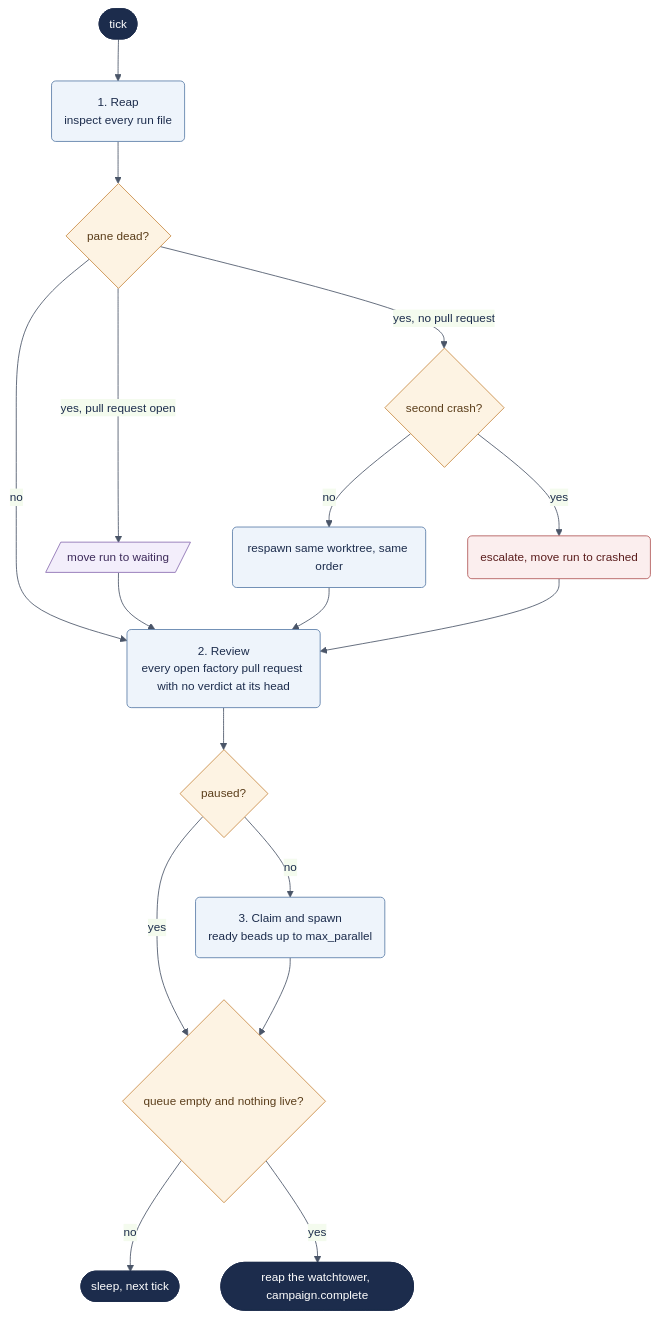
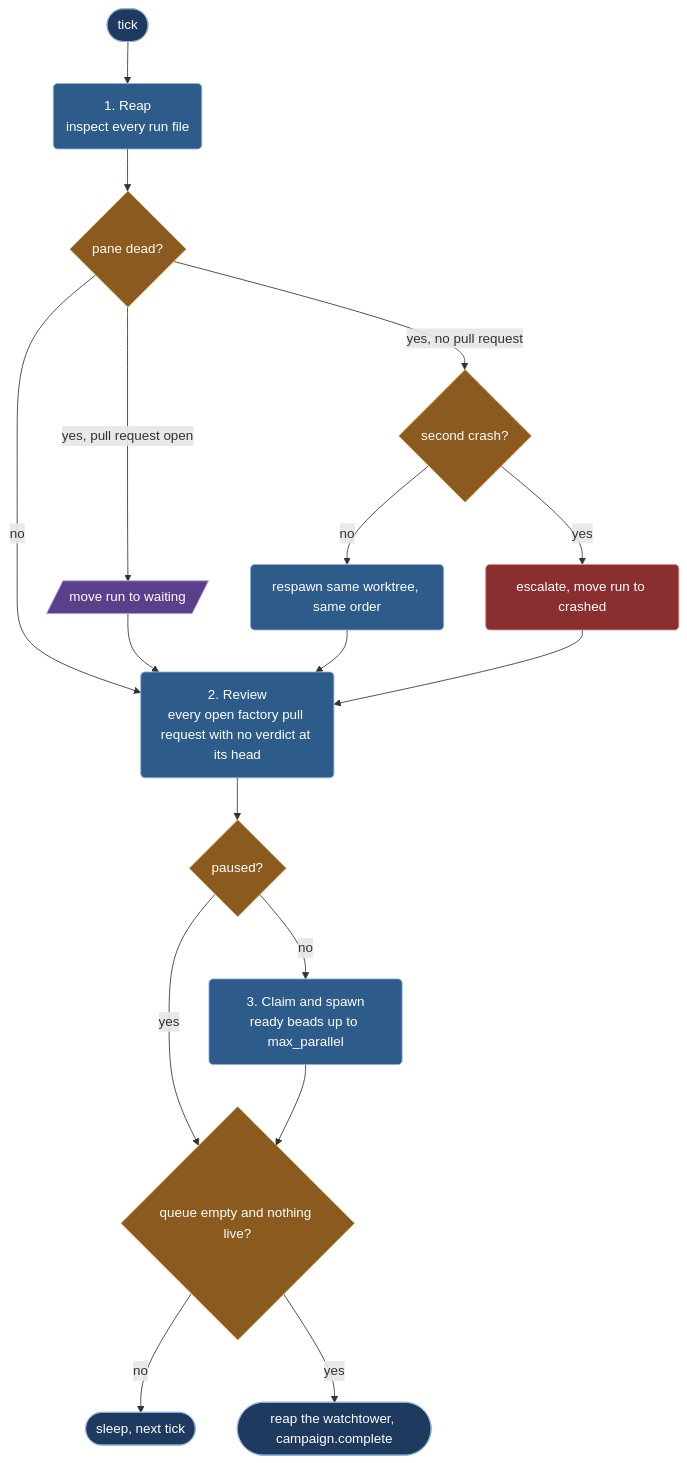
One commit to DavidChen-006/smile-software-factory changed the fourth of 4 diagrams in README.md. Above: the diagram before and after it, drawn with Mermaid. The commit also changed other lines of this file, not shown here.

First line of the commit message:
docs: README diagrams use saturated fills with white text so they read on GitHub's dark theme

````diff
--- a/README.md
+++ b/README.md
@@ -240,32 +239,31 @@
 ```mermaid
-%%{init: {'theme':'base','themeVariables':{'primaryColor':'#eef4fb','primaryTextColor':'#1c2c4c','primaryBorderColor':'#5b7ea8','lineColor':'#4a5568','fontSize':'14px'}}}%%
 flowchart TD
     T([tick]) --> Reap(1. Reap<br/>inspect every run file)
     Reap --> Dead{pane dead?}
     Dead -->|no| Review
     Dead -->|yes, pull request open| Wait[/move run to waiting/]
     Dead -->|yes, no pull request| Crash{second crash?}
     Crash -->|no| Respawn(respawn same worktree, same order)
     Crash -->|yes| Esc(escalate, move run to crashed)
     Wait --> Review
     Respawn --> Review
     Esc --> Review
     Review(2. Review<br/>every open factory pull request with no verdict at its head) --> Claim
     Claim{paused?}
     Claim -->|yes| Done
     Claim -->|no| Spawn(3. Claim and spawn<br/>ready beads up to max_parallel)
     Spawn --> Done{queue empty and nothing live?}
     Done -->|no| Sleep([sleep, next tick])
     Done -->|yes| Complete([reap the watchtower, campaign.complete])
 
-    classDef terminal fill:#1c2c4c,stroke:#1c2c4c,color:#ffffff
-    classDef action fill:#eef4fb,stroke:#5b7ea8,color:#1c2c4c
-    classDef decision fill:#fdf3e3,stroke:#c98a42,color:#5a3d1a
-    classDef external fill:#f3eefb,stroke:#8a6db1,color:#3d2a5a
-    classDef error fill:#fbeeee,stroke:#b15858,color:#5a1c1c
+    classDef terminal fill:#1f3a5f,stroke:#8fb3e0,color:#ffffff
+    classDef action fill:#2d5c8a,stroke:#8fb3e0,color:#ffffff
+    classDef decision fill:#8a5a1e,stroke:#e0b070,color:#ffffff
+    classDef external fill:#5b3f8a,stroke:#b89ae0,color:#ffffff
+    classDef error fill:#8a2f2f,stroke:#e08f8f,color:#ffffff
     class T,Sleep,Complete terminal
     class Reap,Review,Spawn,Respawn action
     class Dead,Crash,Claim,Done decision
     class Wait external
     class Esc error
 ```
````
